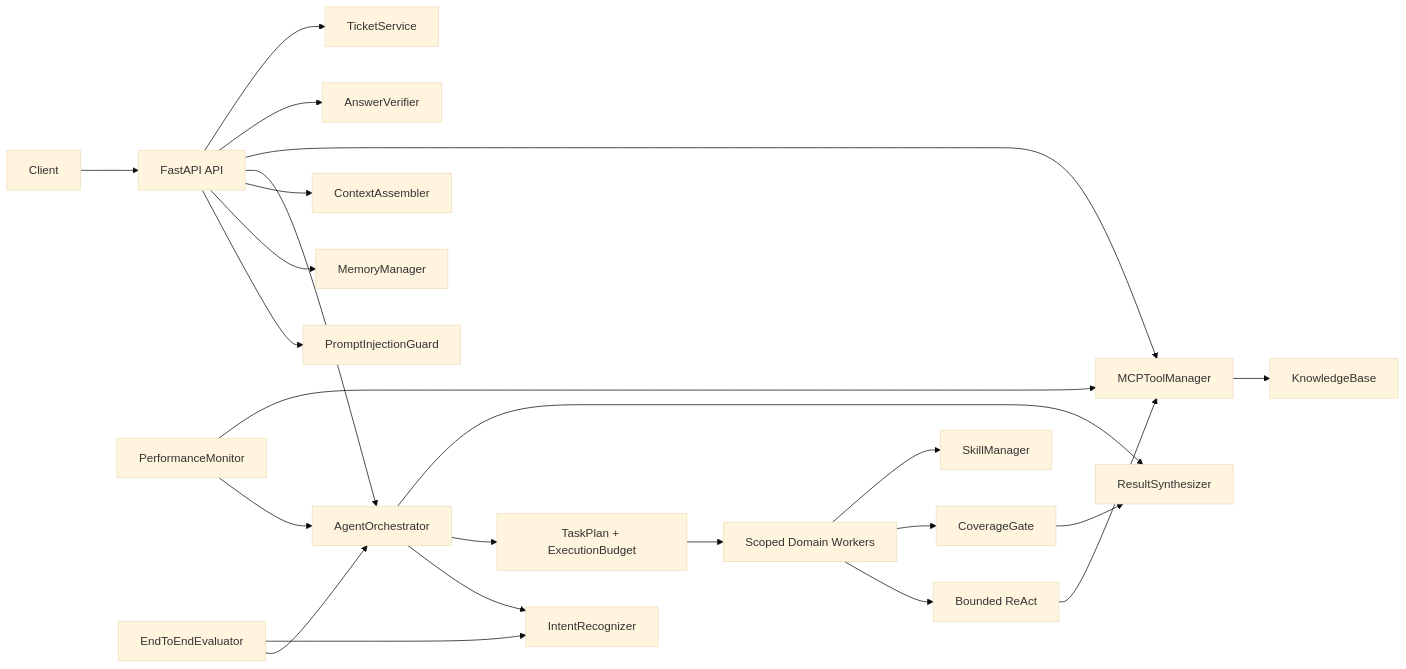
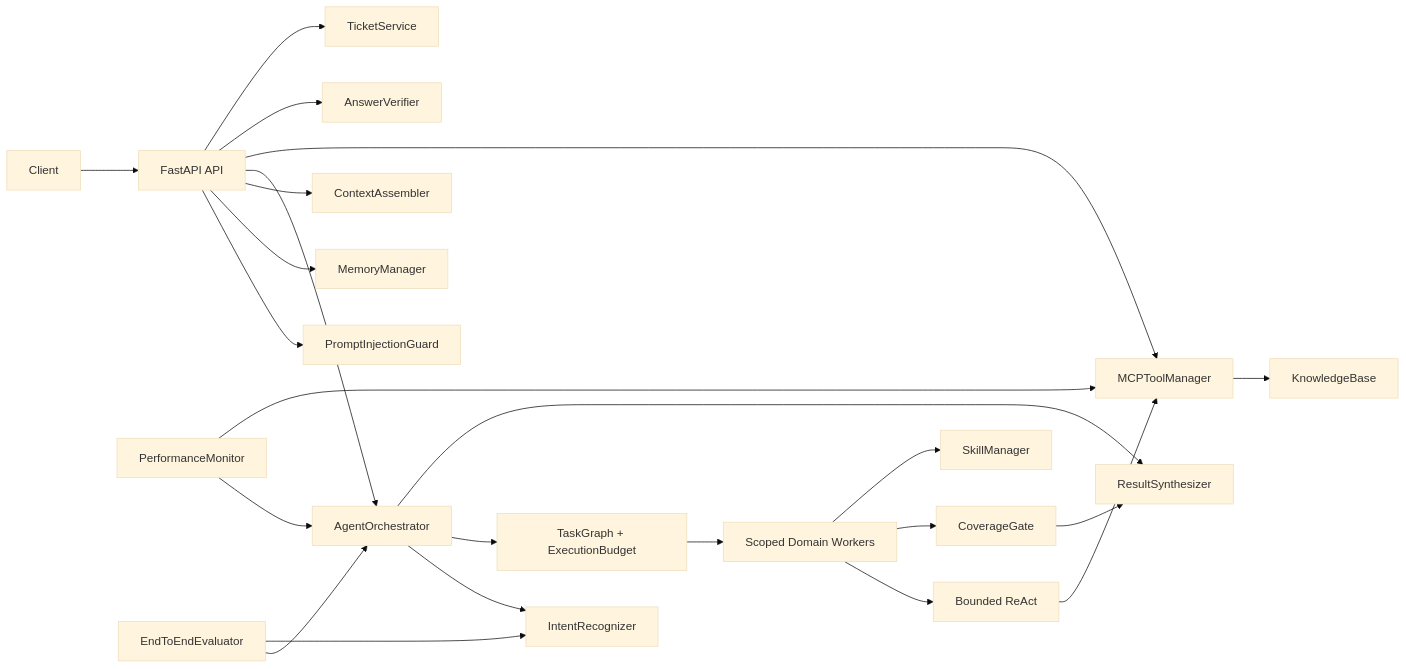
One commit to Garrulus21yyx/DialogPilot changed the first of 11 diagrams in docs/full-architecture-tutorial.zh-CN.md. Above: the diagram before and after it, drawn with Mermaid (base theme). The commit also changed other lines of this file and 9 other files, not shown here.

````diff
--- a/docs/full-architecture-tutorial.zh-CN.md
+++ b/docs/full-architecture-tutorial.zh-CN.md
@@ -116,25 +119,25 @@
 ```mermaid
 flowchart LR
     Client --> API[FastAPI API]
     API --> Guard[PromptInjectionGuard]
     API --> Memory[MemoryManager]
     API --> Context[ContextAssembler]
     API --> Orchestrator[AgentOrchestrator]
     API --> Tool[MCPToolManager]
     API --> Verifier[AnswerVerifier]
     API --> Ticket[TicketService]
     Orchestrator --> Intent[IntentRecognizer]
-    Orchestrator --> Plan[TaskPlan + ExecutionBudget]
+    Orchestrator --> Plan[TaskGraph + ExecutionBudget]
     Plan --> Agents[Scoped Domain Workers]
     Agents --> React[Bounded ReAct]
     React --> Tool
     Orchestrator --> Synth[ResultSynthesizer]
     Agents --> Coverage[CoverageGate]
     Coverage --> Synth
     Agents --> Skills[SkillManager]
     Tool --> KB[KnowledgeBase]
     Monitor[PerformanceMonitor] --> Orchestrator
     Monitor --> Tool
     Eval[EndToEndEvaluator] --> Orchestrator
     Eval --> Intent
 ```
````
